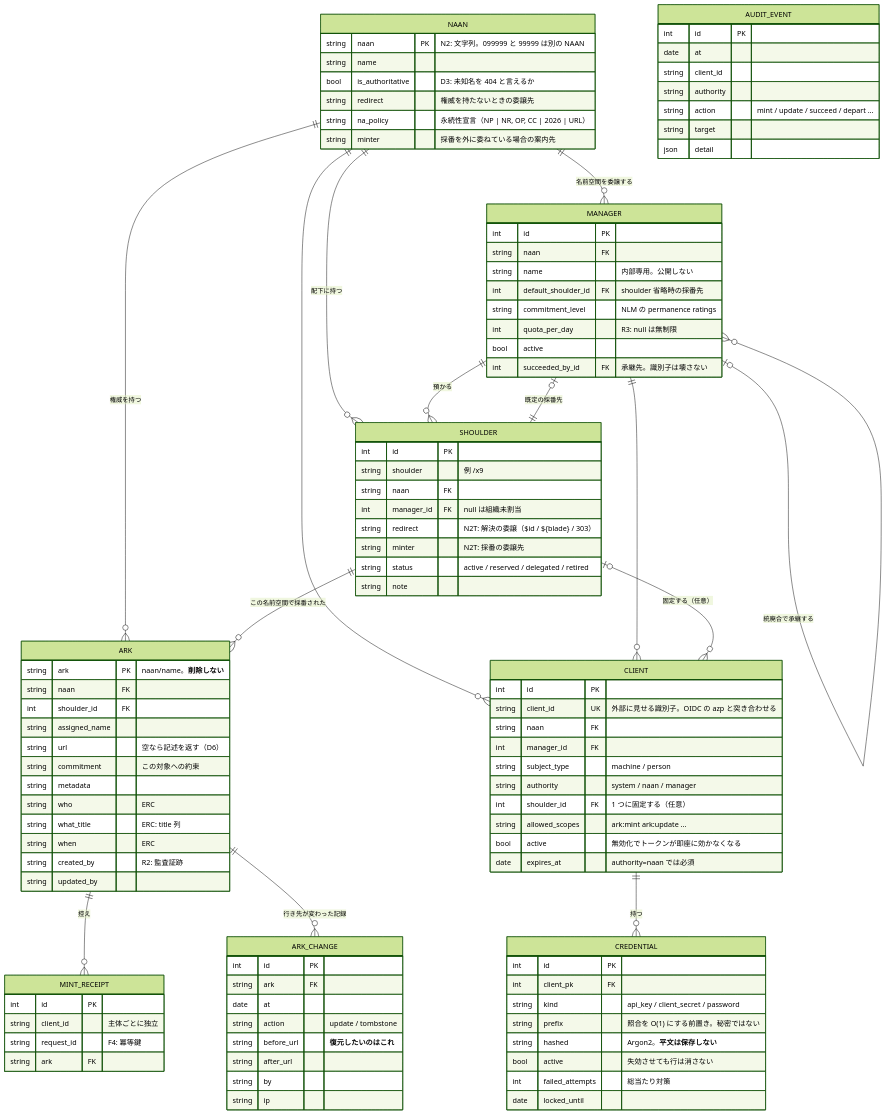
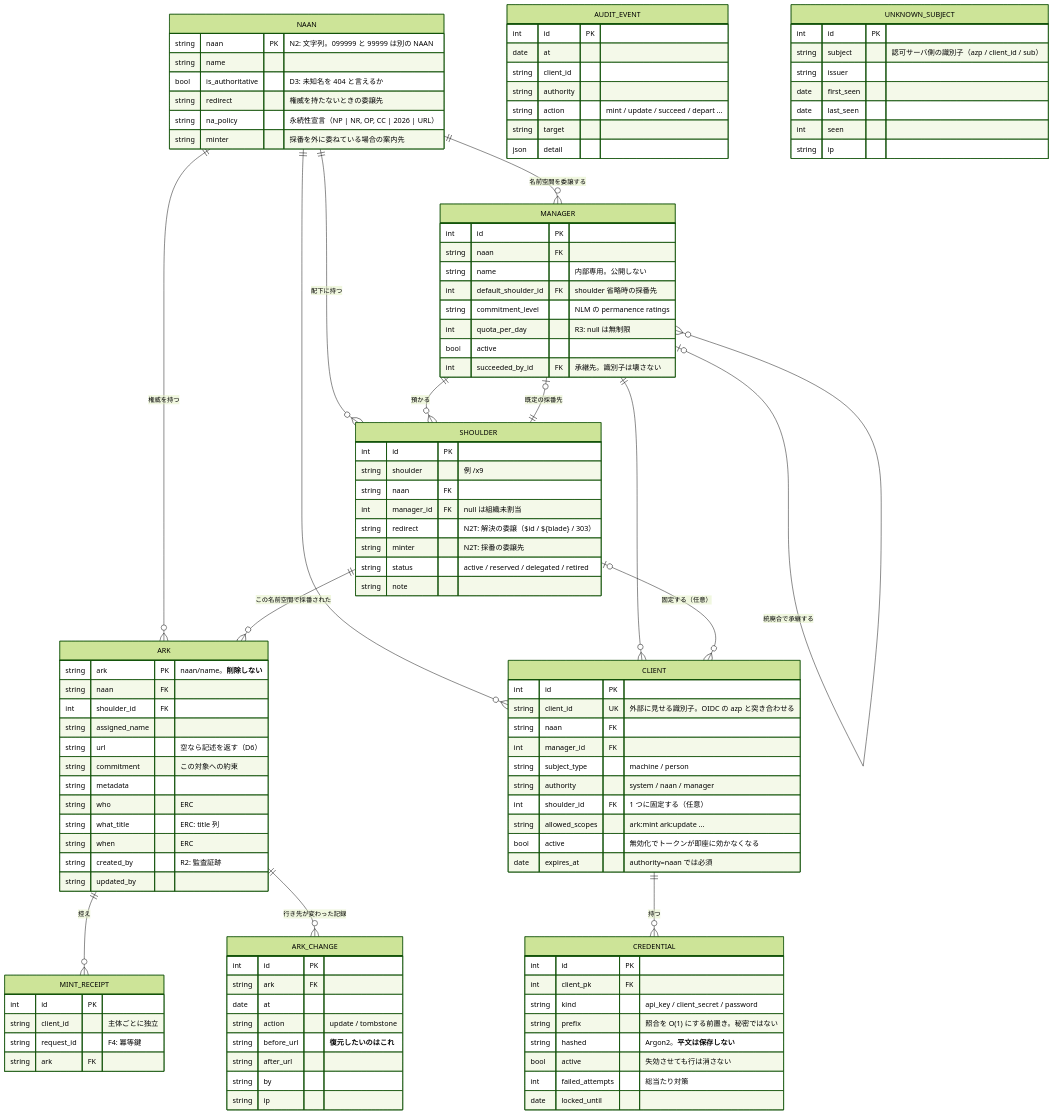
Before and after one commit to RCOSDP/arkhe: the diagram in docs/reference/data-model.ja.md, drawn with Mermaid (forest theme). The commit also changed other lines of this file and 12 other files, not shown here.

````diff
--- a/docs/reference/data-model.ja.md
+++ b/docs/reference/data-model.ja.md
@@ -120,4 +120,13 @@
         string target
         json   detail
     }
+    UNKNOWN_SUBJECT {
+        int    id PK
+        string subject "認可サーバ側の識別子（azp / client_id / sub）"
+        string issuer
+        date   first_seen
+        date   last_seen
+        int    seen
+        string ip
+    }
 ```
````
